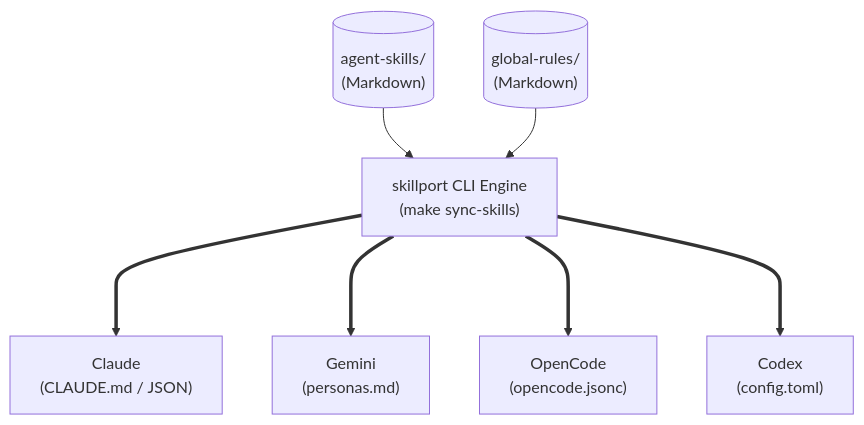
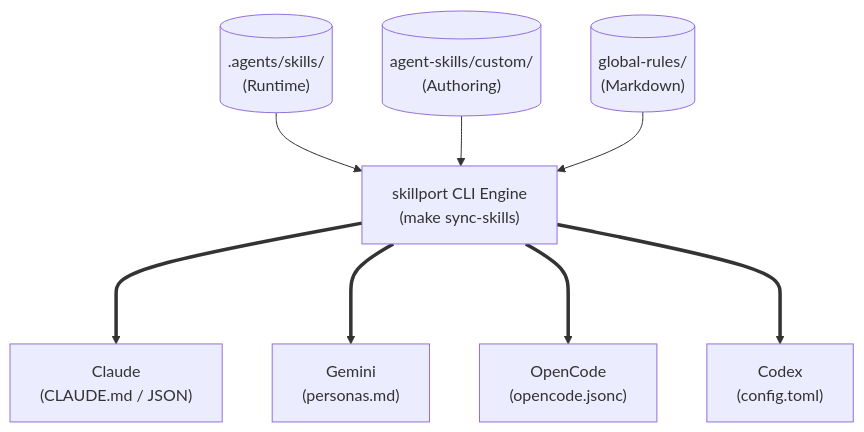
The diagram in SPEC.md (yohi/dotfiles-ai), drawn with Mermaid before and after one commit. The commit also changed other lines of this file and 5 other files, not shown here.

````diff
--- a/SPEC.md
+++ b/SPEC.md
@@ -51,19 +52,21 @@
 ```mermaid
 flowchart TD  
     %% SSOT Data  
-    SSOT_Skills[("agent-skills/\n(Markdown)")]  
+    Runtime_Skills[(".agents/skills/\n(Runtime)")]  
+    Custom_Skills[("agent-skills/custom/\n(Authoring)")]  
     SSOT_Rules[("global-rules/\n(Markdown)")]
 
     %% Process Engine  
     Skillport["skillport CLI Engine\n(make sync-skills)"]
 
     %% Edges  
-    SSOT_Skills --> Skillport  
+    Runtime_Skills --> Skillport  
+    Custom_Skills --> Skillport  
     SSOT_Rules --> Skillport  
       
     %% Target Agents (Export / Sync)  
     Skillport ===> Claude["Claude\n(CLAUDE.md / JSON)"]  
     Skillport ===> Gemini["Gemini\n(personas.md)"]  
     Skillport ===> OpenCode["OpenCode\n(opencode.jsonc)"]  
     Skillport ===> Codex["Codex\n(config.toml)"]
 ```
````
